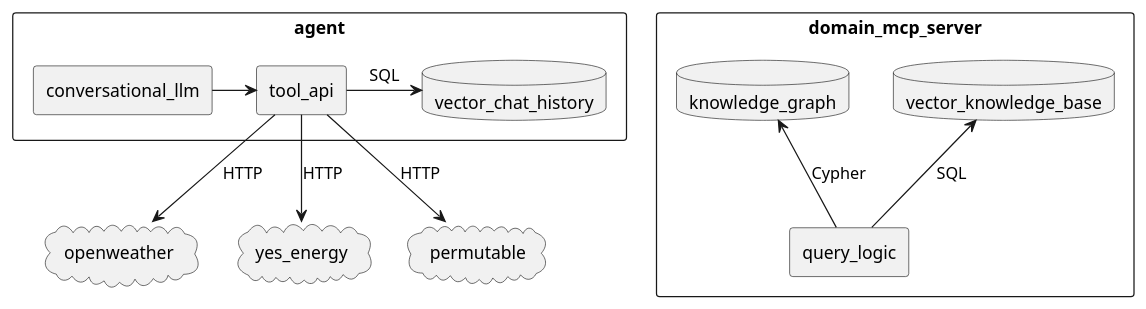
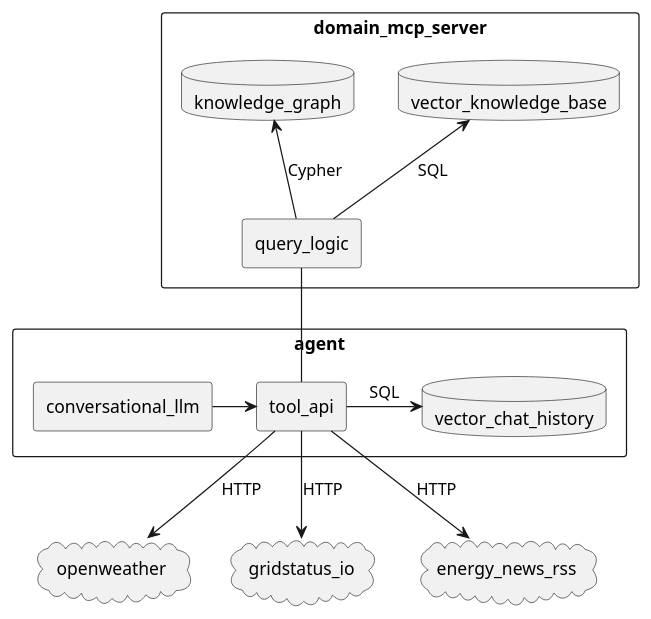
The diagram in readme.md (arcnode-io/ems-analyst), drawn with PlantUML before and after one commit. The commit also changed other lines of this file and 19 other files, not shown here.

````diff
--- a/readme.md
+++ b/readme.md
@@ -15,25 +15,26 @@
 ```plantuml
 rectangle agent {
   database vector_chat_history
   rectangle conversational_llm
   rectangle tool_api
 }
 rectangle domain_mcp_server {
     database vector_knowledge_base
     database knowledge_graph
     rectangle query_logic
 }
 
 
 cloud openweather 
-cloud yes_energy 
-cloud permutable 
+cloud gridstatus_io 
+cloud energy_news_rss 
 query_logic -u-> knowledge_graph: Cypher
 query_logic -u-> vector_knowledge_base: SQL
+query_logic -d- tool_api
 tool_api -r-> vector_chat_history: SQL
 tool_api -d-> openweather: HTTP
-tool_api -d-> yes_energy: HTTP
-tool_api -d-> permutable: HTTP
+tool_api -d-> gridstatus_io: HTTP
+tool_api -d-> energy_news_rss: HTTP
 conversational_llm -r-> tool_api
 
 ```
````
